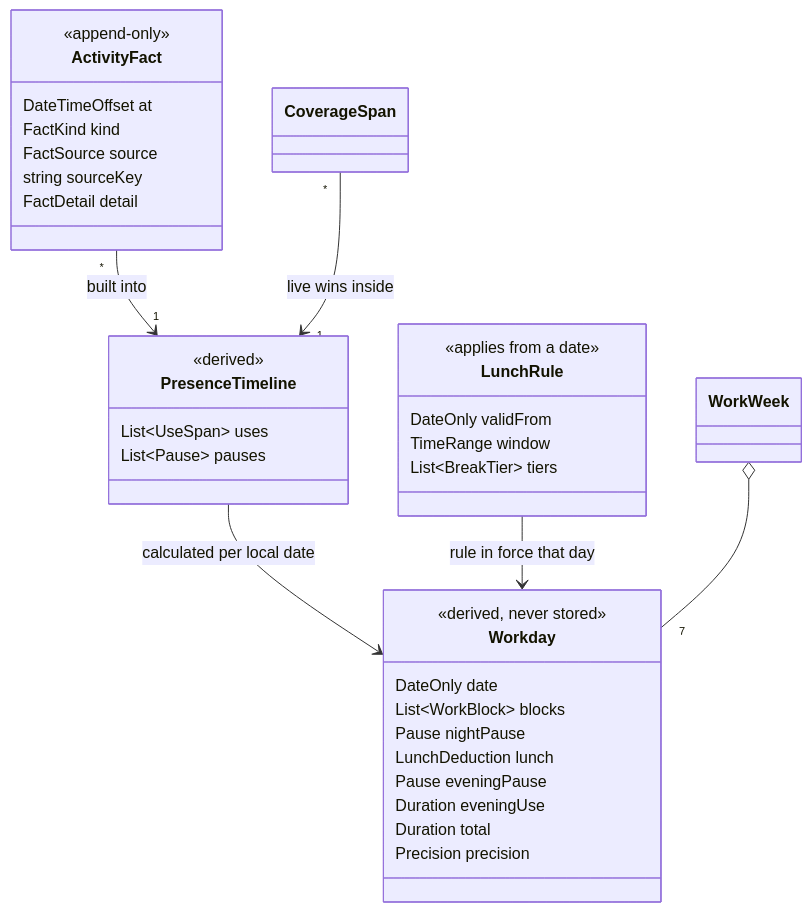
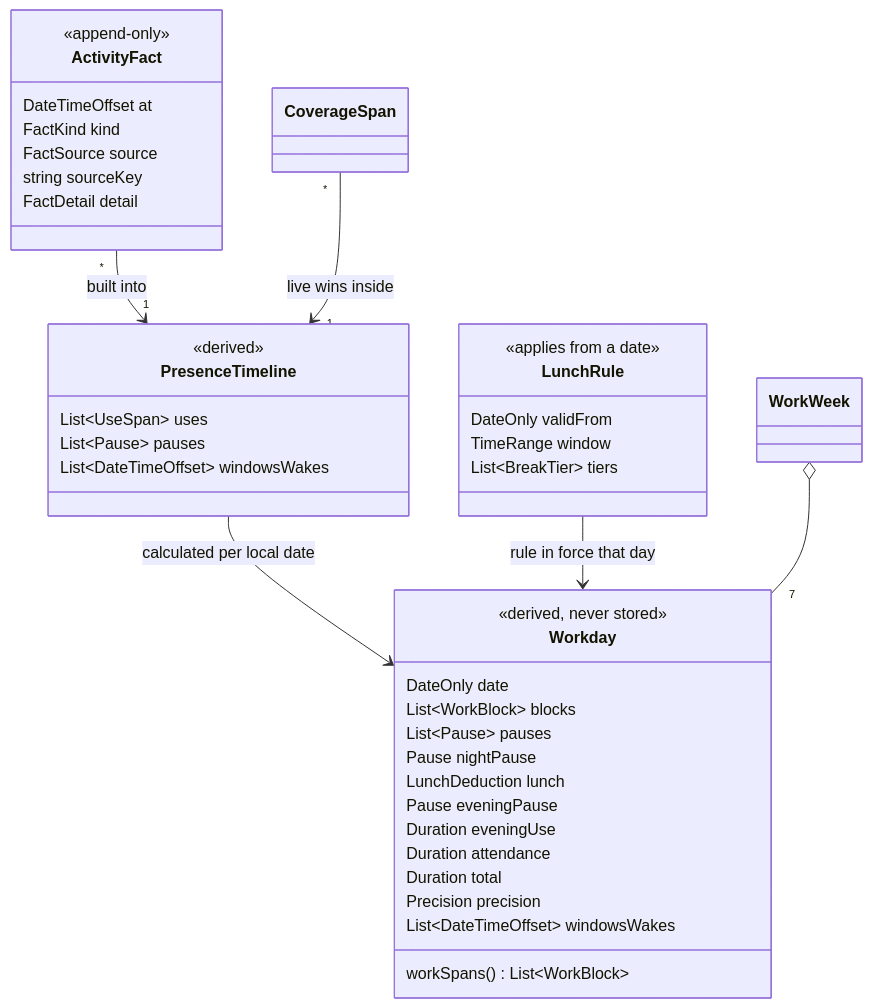
The first of 5 diagrams in docs/features/001-foundation/concept.md (Valem/work-time-tracker), drawn with Mermaid before and after one commit. The commit also changed other lines of this file and 2 other files, not shown here.

Commit message:
docs: 001 concept v1.6.0 — design sync D-013..D-018 (catch-up worker, migration waits for the Recorder, wakes on the day, work spans, bridge details)

````diff
--- a/docs/features/001-foundation/concept.md
+++ b/docs/features/001-foundation/concept.md
@@ -79,38 +79,43 @@
 ```mermaid
 classDiagram
   class ActivityFact {
     <<append-only>>
     DateTimeOffset at
     FactKind kind
     FactSource source
     string sourceKey
     FactDetail detail
   }
   class PresenceTimeline {
     <<derived>>
     List~UseSpan~ uses
     List~Pause~ pauses
+    List~DateTimeOffset~ windowsWakes
   }
   class LunchRule {
     <<applies from a date>>
     DateOnly validFrom
     TimeRange window
     List~BreakTier~ tiers
   }
   class Workday {
     <<derived, never stored>>
     DateOnly date
     List~WorkBlock~ blocks
+    List~Pause~ pauses
     Pause nightPause
     LunchDeduction lunch
     Pause eveningPause
     Duration eveningUse
+    Duration attendance
     Duration total
     Precision precision
+    List~DateTimeOffset~ windowsWakes
+    workSpans() List~WorkBlock~
   }
   ActivityFact "*" --> "1" PresenceTimeline : built into
   CoverageSpan "*" --> "1" PresenceTimeline : live wins inside
   PresenceTimeline --> Workday : calculated per local date
   LunchRule --> Workday : rule in force that day
   WorkWeek o-- "7" Workday
 ```
````
